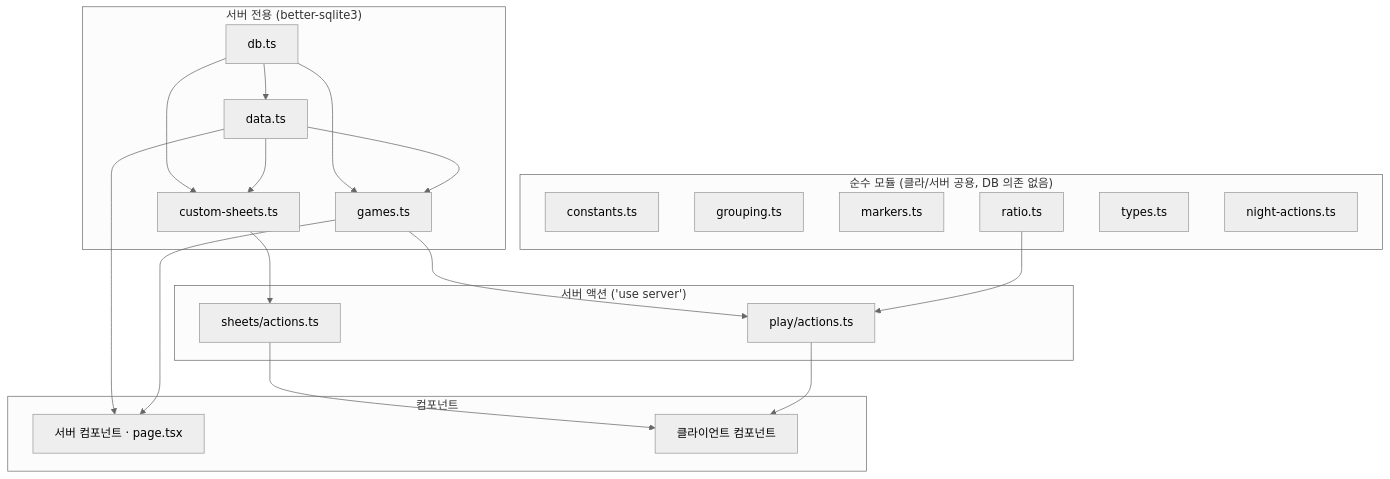
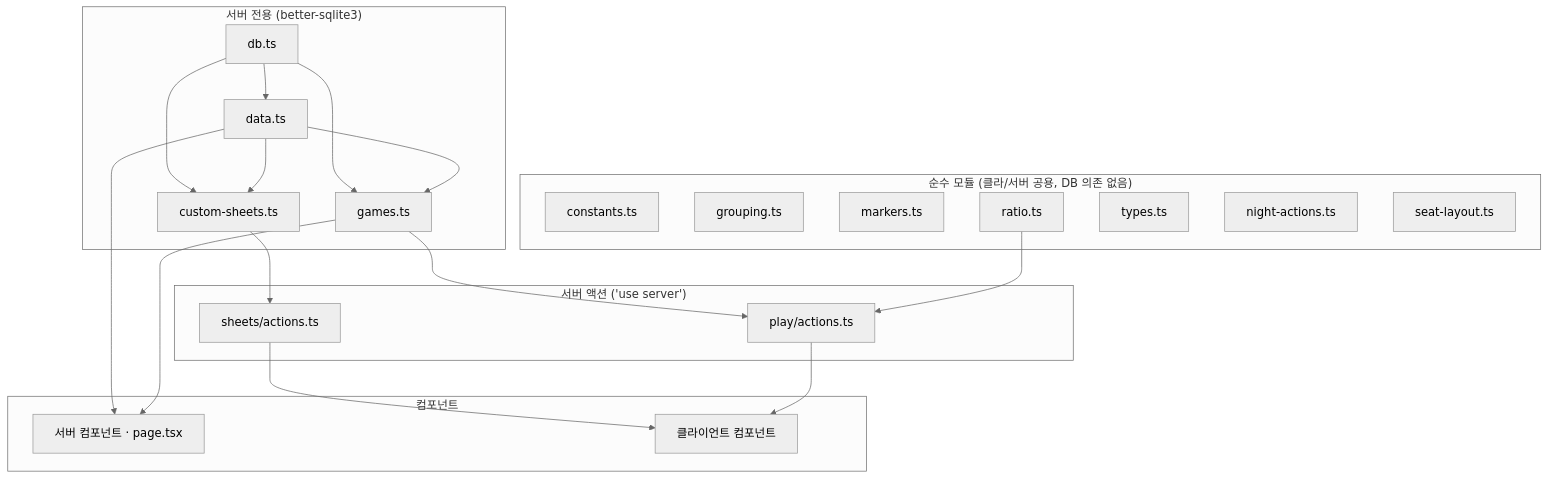
Before and after one commit to daseul22/botc-grimoire: the diagram in docs/wiki/03-architecture.md, drawn with Mermaid (neutral theme). The commit also changed other lines of this file and 9 other files, not shown here.

````diff
--- a/docs/wiki/03-architecture.md
+++ b/docs/wiki/03-architecture.md
@@ -7,34 +7,35 @@
 ```mermaid
 flowchart TD
   subgraph pure["순수 모듈 (클라/서버 공용, DB 의존 없음)"]
     CO[constants.ts]
     GR[grouping.ts]
     MK[markers.ts]
     RA[ratio.ts]
     TY[types.ts]
     NA[night-actions.ts]
+    SL[seat-layout.ts]
   end
   subgraph server["서버 전용 (better-sqlite3)"]
     DBm[db.ts]
     DA[data.ts]
     CS[custom-sheets.ts]
     GA[games.ts]
   end
   DBm --> DA & CS & GA
   DA --> CS & GA
   subgraph actions["서버 액션 ('use server')"]
     SA[sheets/actions.ts]
     PA[play/actions.ts]
   end
   CS --> SA
   GA --> PA
   RA --> PA
   subgraph ui["컴포넌트"]
     SC[서버 컴포넌트 · page.tsx]
     CC[클라이언트 컴포넌트]
   end
   DA --> SC
   GA --> SC
   SA --> CC
   PA --> CC
 ```
````
